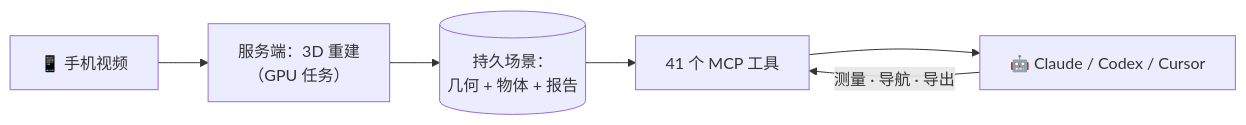
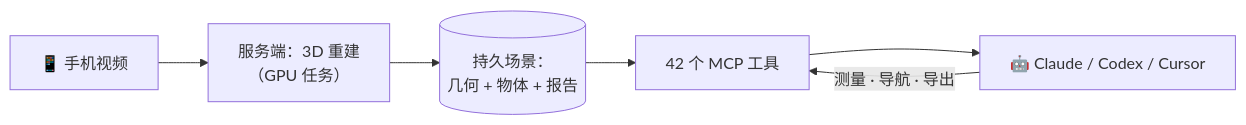
One commit to reality-opened/openreality changed the diagram in README.zh.md. Above: the diagram before and after it, drawn with Mermaid. The commit also changed other lines of this file and 8 other files, not shown here.

````diff
--- a/README.zh.md
+++ b/README.zh.md
@@ -170,8 +170,8 @@
 ```mermaid
 flowchart LR
     A["📱 手机视频"] --> B["服务端：3D 重建<br/>（GPU 任务）"]
     B --> C[("持久场景：<br/>几何 + 物体 + 报告")]
-    C --> D["41 个 MCP 工具"]
+    C --> D["42 个 MCP 工具"]
     D --> E["🤖 Claude / Codex / Cursor"]
     E -->|"测量 · 导航 · 导出"| D
 ```
````
